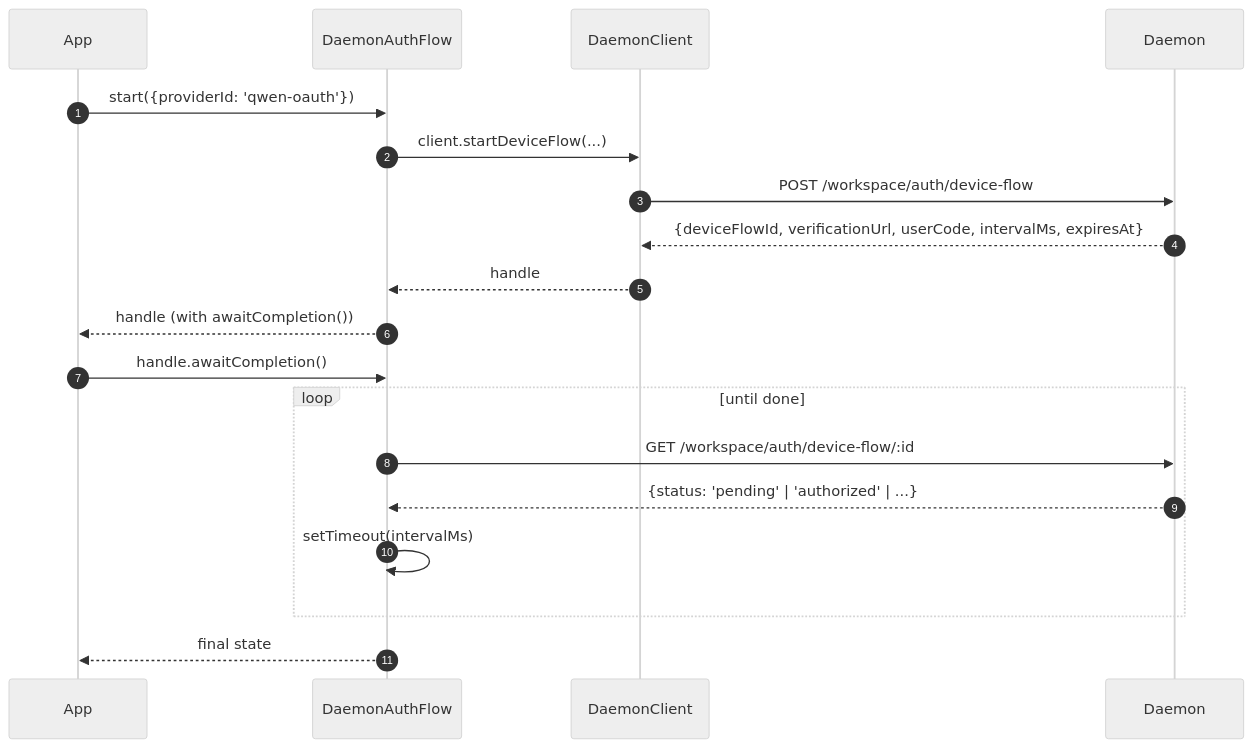
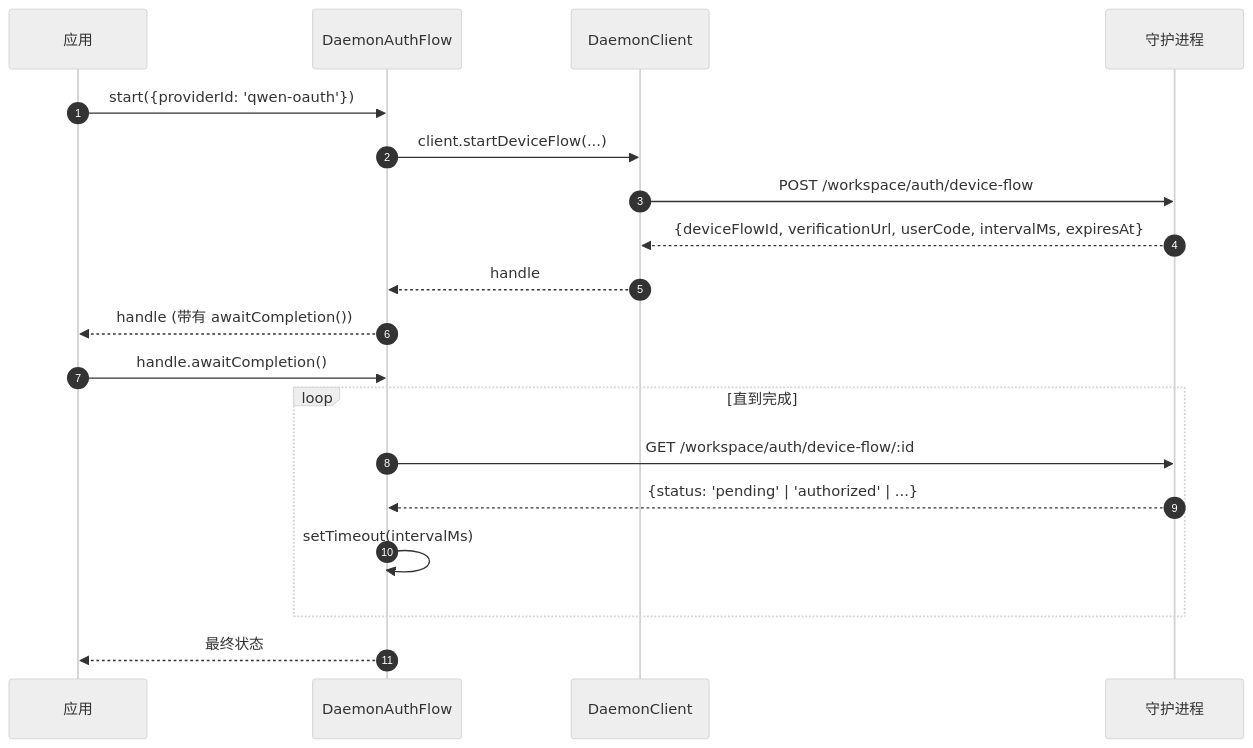
One commit to QwenLM/qwen-code-docs changed the third of 3 diagrams in website/content/zh/developers/daemon/13-sdk-daemon-client.md. Above: the diagram before and after it, drawn with Mermaid (neutral theme). The commit also changed other lines of this file and 1077 other files, not shown here.

````diff
--- a/website/content/zh/developers/daemon/13-sdk-daemon-client.md
+++ b/website/content/zh/developers/daemon/13-sdk-daemon-client.md
@@ -181,22 +181,22 @@
 ```mermaid
 sequenceDiagram
     autonumber
-    participant App as App
+    participant App as 应用
     participant AF as DaemonAuthFlow
     participant DC as DaemonClient
-    participant D as Daemon
+    participant D as 守护进程
 
     App->>AF: start({providerId: 'qwen-oauth'})
     AF->>DC: client.startDeviceFlow(...)
     DC->>D: POST /workspace/auth/device-flow
     D-->>DC: {deviceFlowId, verificationUrl, userCode, intervalMs, expiresAt}
     DC-->>AF: handle
-    AF-->>App: handle (with awaitCompletion())
+    AF-->>App: handle (带有 awaitCompletion())
     App->>AF: handle.awaitCompletion()
-    loop until done
+    loop 直到完成
         AF->>D: GET /workspace/auth/device-flow/:id
         D-->>AF: {status: 'pending' | 'authorized' | ...}
         AF->>AF: setTimeout(intervalMs)
     end
-    AF-->>App: final state
+    AF-->>App: 最终状态
 ```
````
